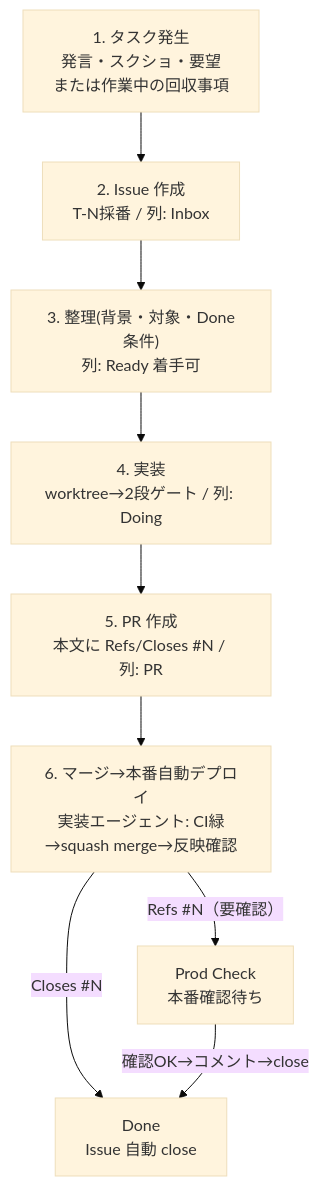
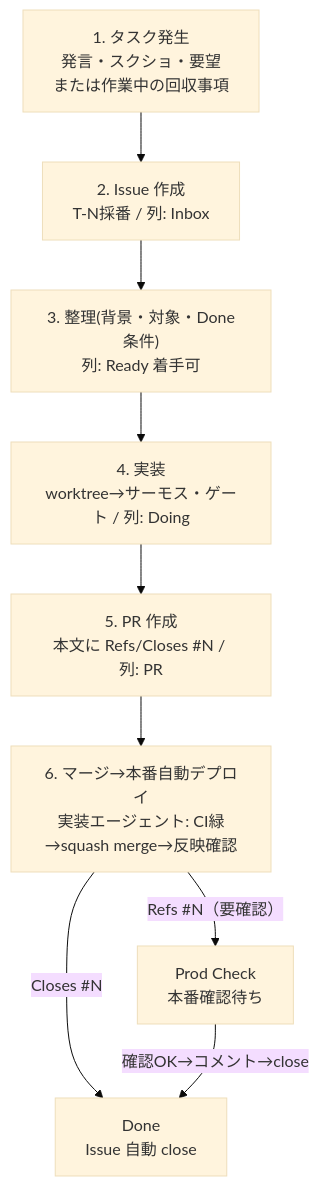
The diagram in notes/task-management-issue-workflow.md (sinoda1114/gmail-kanban), drawn with Mermaid (base theme) before and after one commit. The commit also changed 8 other files, not shown here.

````diff
--- a/notes/task-management-issue-workflow.md
+++ b/notes/task-management-issue-workflow.md
@@ -133,11 +133,11 @@
 ```mermaid
 flowchart TD
     A["1. タスク発生<br/>発言・スクショ・要望<br/>または作業中の回収事項"] --> B["2. Issue 作成<br/>T-N採番 / 列: Inbox"]
     B --> C["3. 整理(背景・対象・Done条件)<br/>列: Ready 着手可"]
-    C --> D["4. 実装<br/>worktree→2段ゲート / 列: Doing"]
+    C --> D["4. 実装<br/>worktree→サーモス・ゲート / 列: Doing"]
     D --> E["5. PR 作成<br/>本文に Refs/Closes #N / 列: PR"]
     E --> F["6. マージ→本番自動デプロイ<br/>実装エージェント: CI緑→squash merge→反映確認"]
     F -->|"Closes #N"| G["Done<br/>Issue 自動 close"]
     F -->|"Refs #N（要確認）"| H["Prod Check<br/>本番確認待ち"]
     H -->|確認OK→コメント→close| G
 ```
````
